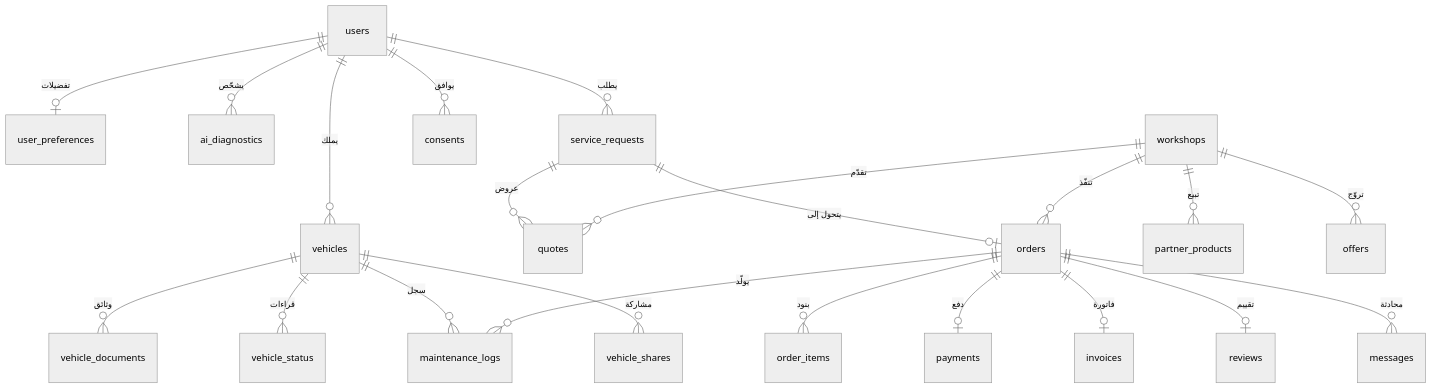
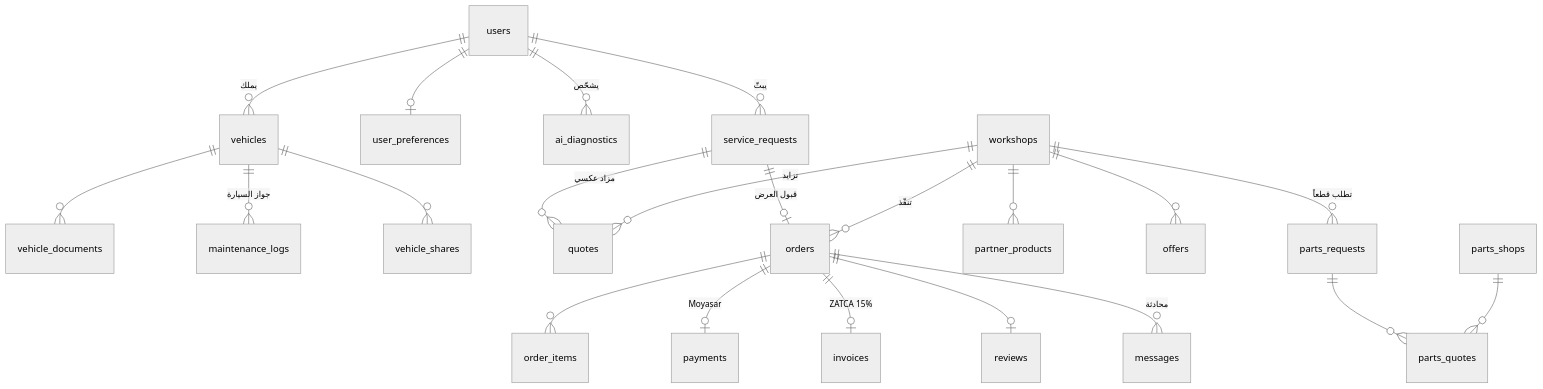
Before and after one commit to livecarksa/ALA: the second of 3 diagrams in docs/AUTO_LIVE_BRIEF.md, drawn with Mermaid (neutral theme). The commit also changed other lines of this file, not shown here.

````diff
--- a/docs/AUTO_LIVE_BRIEF.md
+++ b/docs/AUTO_LIVE_BRIEF.md
@@ -222,24 +213,24 @@
 ```mermaid
 erDiagram
     users ||--o{ vehicles : "يملك"
-    users ||--o| user_preferences : "تفضيلات"
+    users ||--o| user_preferences : ""
     users ||--o{ ai_diagnostics : "يشخّص"
-    users ||--o{ service_requests : "يطلب"
-    users ||--o{ consents : "يوافق"
-    vehicles ||--o{ vehicle_documents : "وثائق"
-    vehicles ||--o{ vehicle_status : "قراءات"
-    vehicles ||--o{ maintenance_logs : "سجل"
-    vehicles ||--o{ vehicle_shares : "مشاركة"
-    service_requests ||--o{ quotes : "عروض"
-    service_requests ||--o| orders : "يتحول إلى"
-    workshops ||--o{ quotes : "تقدّم"
+    users ||--o{ service_requests : "يبثّ"
+    vehicles ||--o{ vehicle_documents : ""
+    vehicles ||--o{ maintenance_logs : "جواز السيارة"
+    vehicles ||--o{ vehicle_shares : ""
+    service_requests ||--o{ quotes : "مزاد عكسي"
+    service_requests ||--o| orders : "قبول العرض"
+    workshops ||--o{ quotes : "تزايد"
     workshops ||--o{ orders : "تنفّذ"
-    workshops ||--o{ partner_products : "تبيع"
-    workshops ||--o{ offers : "تروّج"
-    orders ||--o{ order_items : "بنود"
-    orders ||--o| payments : "دفع"
-    orders ||--o| invoices : "فاتورة"
-    orders ||--o| reviews : "تقييم"
+    workshops ||--o{ partner_products : ""
+    workshops ||--o{ offers : ""
+    orders ||--o{ order_items : ""
+    orders ||--o| payments : "Moyasar"
+    orders ||--o| invoices : "ZATCA 15%"
+    orders ||--o| reviews : ""
     orders ||--o{ messages : "محادثة"
-    orders ||--o{ maintenance_logs : "يولّد"
+    workshops ||--o{ parts_requests : "تطلب قطعاً"
+    parts_requests ||--o{ parts_quotes : ""
+    parts_shops ||--o{ parts_quotes : ""
 ```
````
